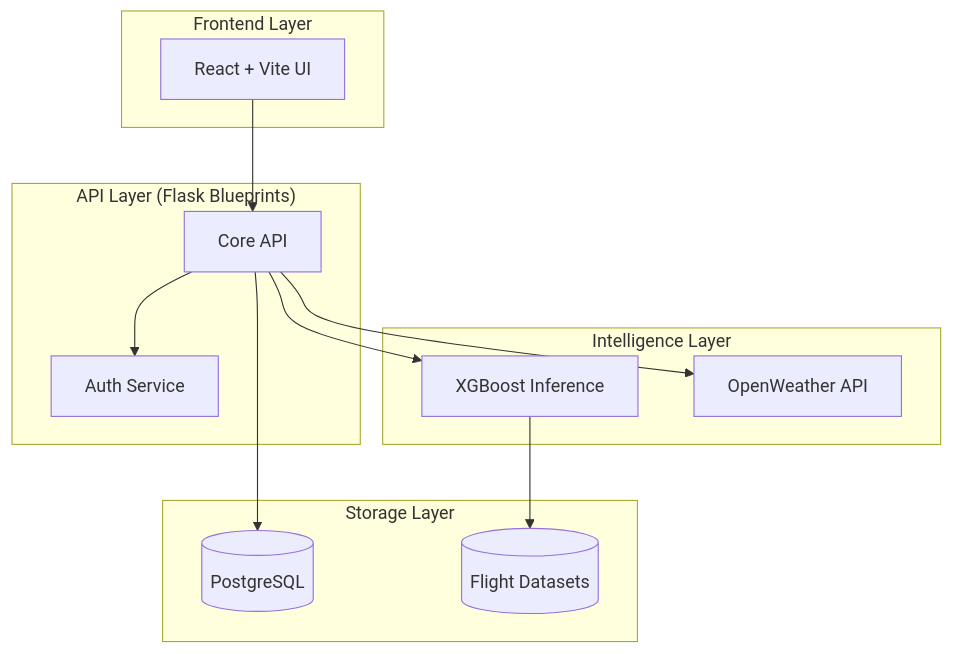
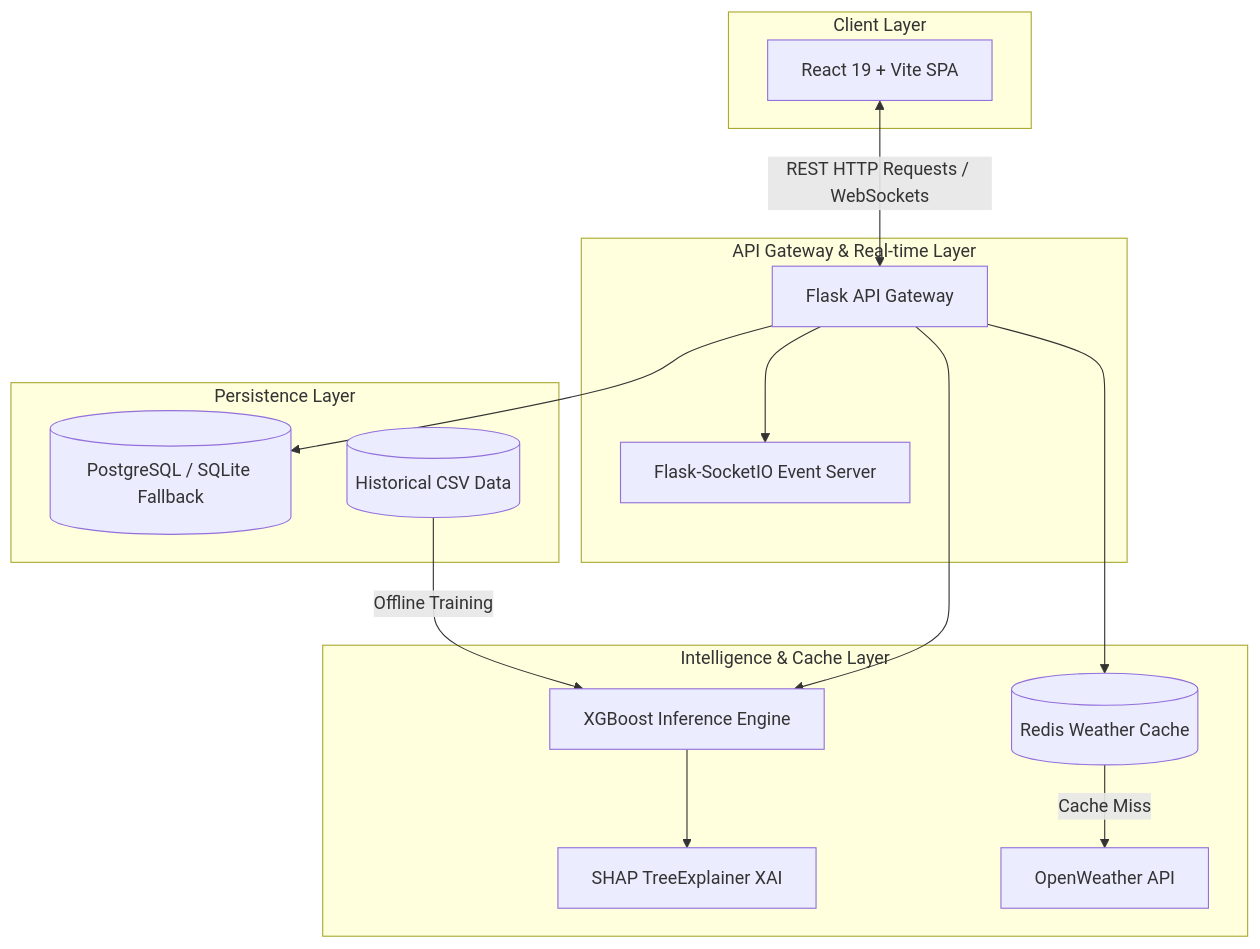
Before and after one commit to Ganesh-403/FlightDelayAI: the diagram in README.md, drawn with Mermaid. The commit also changed other lines of this file, not shown here.

Commit message:
docs: update README with comprehensive system architecture, tech stack, and installation guide

````diff
--- a/README.md
+++ b/README.md
@@ -11,28 +11,32 @@
 ```mermaid
 graph TD
-    subgraph "Frontend Layer"
-        Web[React + Vite UI]
+    subgraph "Client Layer"
+        SPA[React 19 + Vite SPA]
     end
 
-    subgraph "API Layer (Flask Blueprints)"
-        API[Core API]
-        Auth[Auth Service]
+    subgraph "API Gateway & Real-time Layer"
+        Flask[Flask API Gateway]
+        WS[Flask-SocketIO Event Server]
     end
 
-    subgraph "Intelligence Layer"
-        ML[XGBoost Inference]
-        Weather[OpenWeather API]
+    subgraph "Intelligence & Cache Layer"
+        XGB[XGBoost Inference Engine]
+        SHAP[SHAP TreeExplainer XAI]
+        Redis[(Redis Weather Cache)]
+        OWM[OpenWeather API]
     end
 
-    subgraph "Storage Layer"
-        DB[(PostgreSQL)]
-        Data[(Flight Datasets)]
+    subgraph "Persistence Layer"
+        DB[(PostgreSQL / SQLite Fallback)]
+        CSV[(Historical CSV Data)]
     end
 
-    Web --> API
-    API --> Auth
-    API --> ML
-    ML --> Data
-    API --> Weather
-    API --> DB
+    SPA <-->|REST HTTP Requests / WebSockets| Flask
+    Flask --> WS
+    Flask --> XGB
+    XGB --> SHAP
+    Flask --> Redis
+    Redis -->|Cache Miss| OWM
+    Flask --> DB
+    CSV -->|Offline Training| XGB
 ```
````
